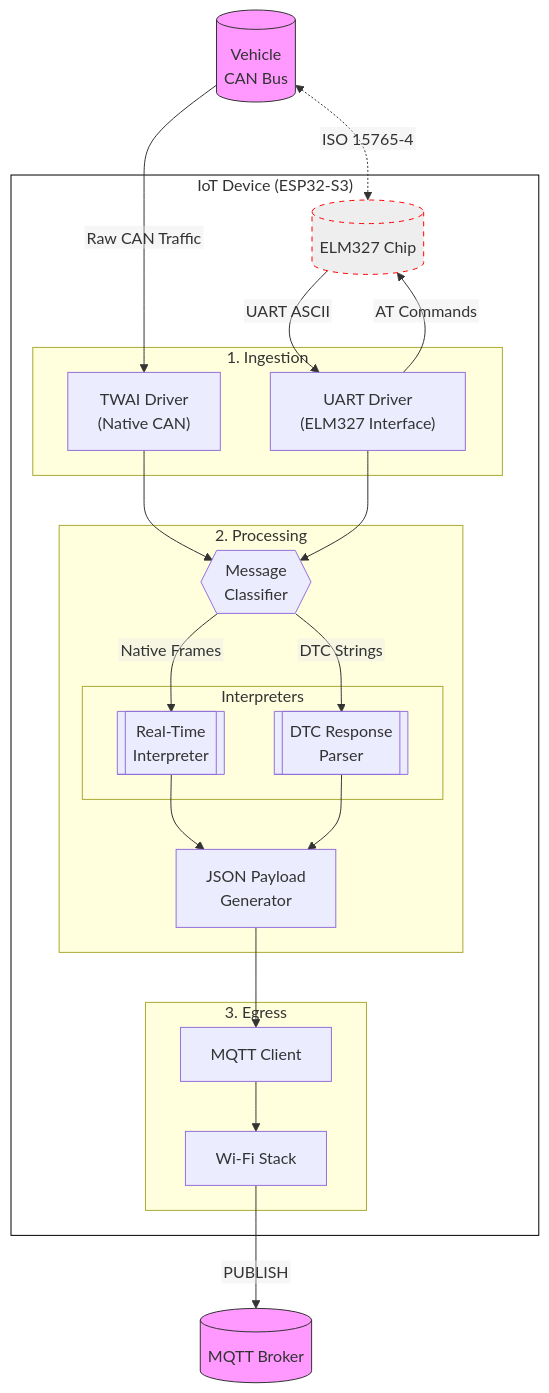
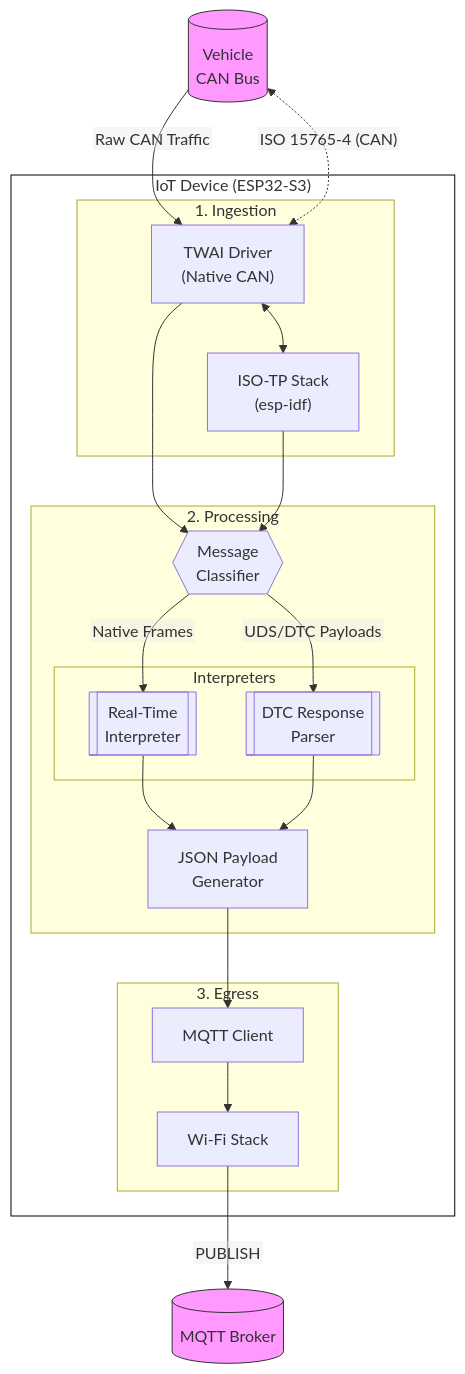
Before and after one commit to Yaser0l/Graduation-Project: the diagram in IoT/Mechanic/dfd.mmd, drawn with Mermaid.

Commit message:
updated to use isotp instead of elm327

```diff
--- a/IoT/Mechanic/dfd.mmd
+++ b/IoT/Mechanic/dfd.mmd
@@ -1,58 +1,54 @@
 %%{init: {"flowchart": {"htmlLabels": false}} }%%
 graph TD
     %% --- External Entities ---
     VEHICLE[("Vehicle\nCAN Bus")]
     BROKER[("MQTT Broker")]
 
     %% --- IoT Device Boundaries ---
     subgraph ESP32S3_DEVICE["IoT Device (ESP32-S3)"]
         
         subgraph Layer1_Ingestion["1. Ingestion"]
             TWAI_DRV["TWAI Driver\n(Native CAN)"]
-            ELM_DRV["UART Driver\n(ELM327 Interface)"]
+            ISOTP_LIB["ISO-TP Stack\n(esp-idf)"]
         end
 
         subgraph Layer2_Core["2. Processing"]
             MSG_CLASS{{"Message\nClassifier"}}
             
             subgraph Interpreters
                 RT_INT[["Real-Time\nInterpreter"]]
                 DTC_INT[["DTC Response\nParser"]]
             end
 
             payload_Gen["JSON Payload\nGenerator"]
         end
 
         subgraph Layer3_Egress["3. Egress"]
             MQTT_CLIENT["MQTT Client"]
             WIFI_DRV["Wi-Fi Stack"]
         end
-
-        ELM_CHIP[("ELM327 Chip")]
     end
 
     %% --- External Physical Connections ---
     VEHICLE -- "Raw CAN Traffic" --> TWAI_DRV
-    VEHICLE <-. "ISO 15765-4" .-> ELM_CHIP
-    ELM_CHIP -- "UART ASCII" --> ELM_DRV
-    ELM_DRV -- "AT Commands" --> ELM_CHIP
+    VEHICLE <-. "ISO 15765-4 (CAN)" .-> TWAI_DRV
 
     %% --- Internal Logic Flow ---
     TWAI_DRV --> MSG_CLASS
-    ELM_DRV --> MSG_CLASS
+    TWAI_DRV <--> ISOTP_LIB
+    ISOTP_LIB --> MSG_CLASS
 
     MSG_CLASS -- "Native Frames" --> RT_INT
-    MSG_CLASS -- "DTC Strings" --> DTC_INT
+    MSG_CLASS -- "UDS/DTC Payloads" --> DTC_INT
 
     RT_INT --> payload_Gen
     DTC_INT --> payload_Gen
 
     payload_Gen --> MQTT_CLIENT
     MQTT_CLIENT --> WIFI_DRV
     WIFI_DRV -- "PUBLISH" --> BROKER
 
     %% --- Styling ---
     style VEHICLE fill:#f9f,stroke:#333
     style BROKER fill:#f9f,stroke:#333
     style ESP32S3_DEVICE fill:#fff,stroke:#000
-    style ELM_CHIP fill:#eee,stroke:#f00,stroke-dasharray: 5 5
```
